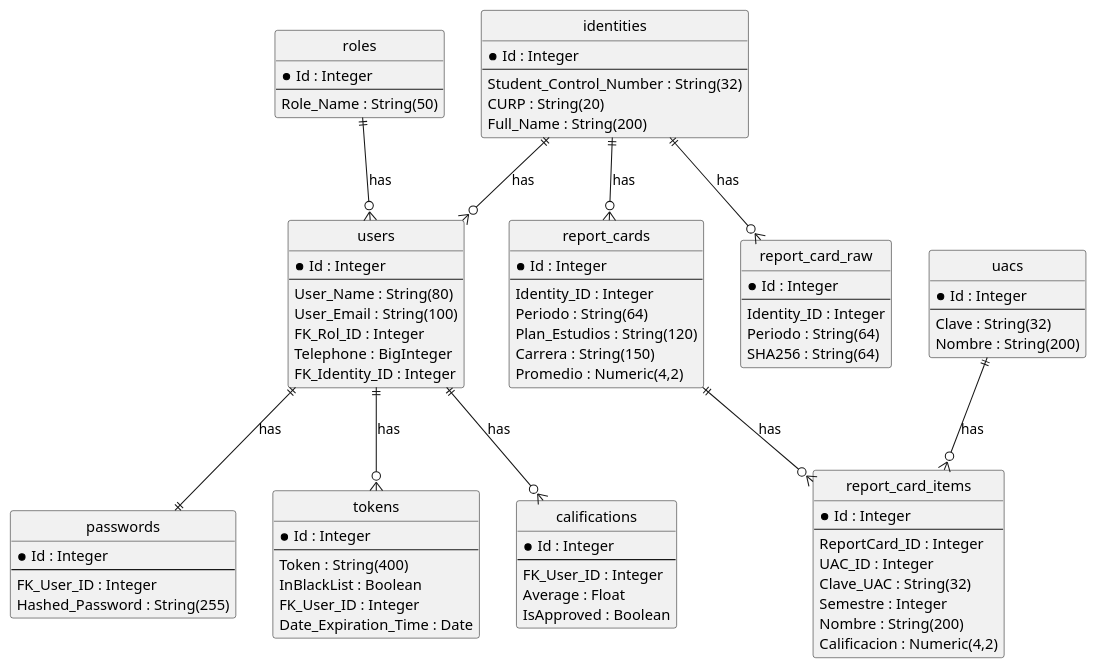
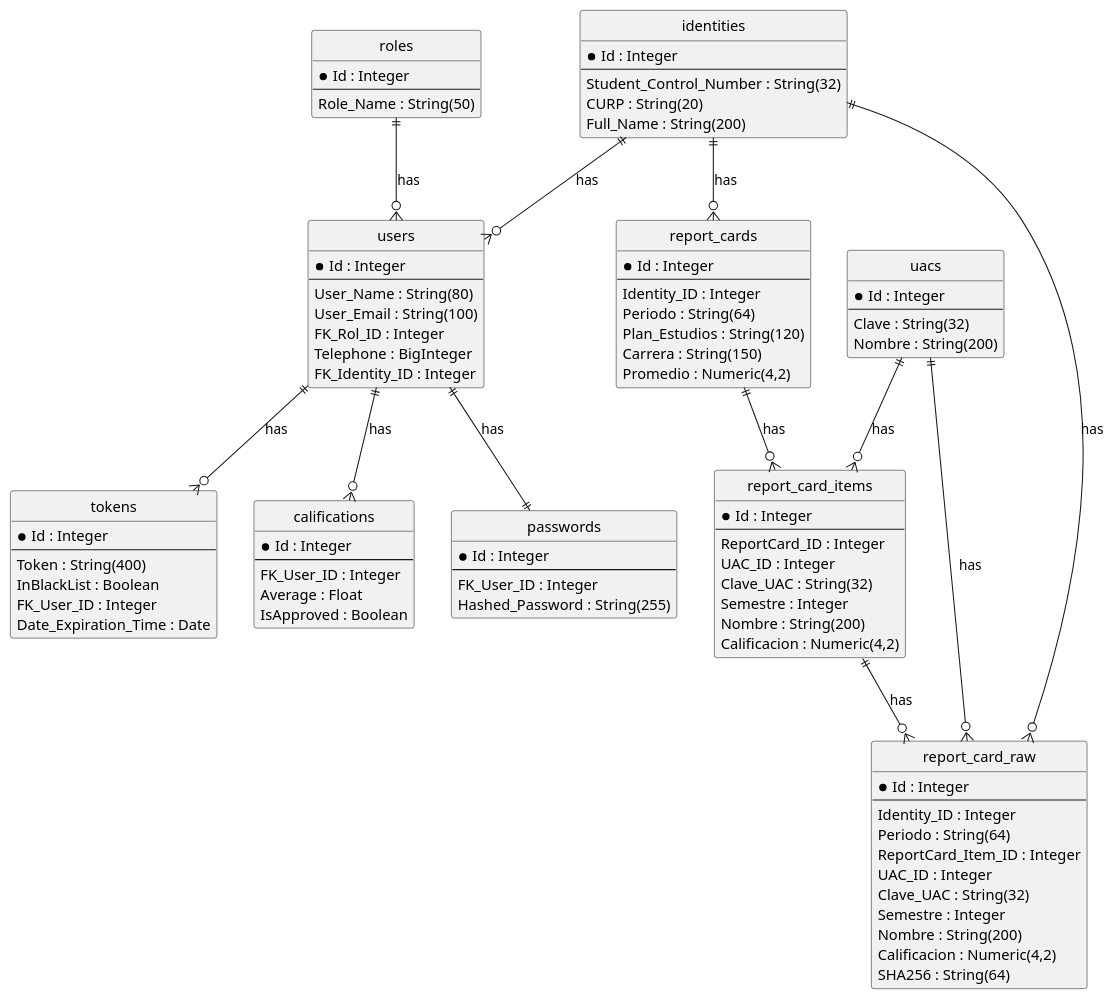
Before and after one commit to GuillermoSM33/CETMAR_41_BACK: the diagram in reports/schema_diagram.puml, drawn with PlantUML. The commit also changed 15 other files, not shown here.

Commit message:
FIX(MODELS) MODELS HAS BEEN UPDATED FOR NEW REPORT CARDS

```diff
--- a/reports/schema_diagram.puml
+++ b/reports/schema_diagram.puml
@@ -1,100 +1,108 @@
 @startuml
 ' PlantUML ER-style diagram for database schema
 hide circle
 
 entity roles {
   * Id : Integer
   --
   Role_Name : String(50)
 }
 
 entity users {
   * Id : Integer
   --
   User_Name : String(80)
   User_Email : String(100)
   FK_Rol_ID : Integer
   Telephone : BigInteger
   FK_Identity_ID : Integer
 }
 
 entity passwords {
   * Id : Integer
   --
   FK_User_ID : Integer
   Hashed_Password : String(255)
 }
 
 entity tokens {
   * Id : Integer
   --
   Token : String(400)
   InBlackList : Boolean
   FK_User_ID : Integer
   Date_Expiration_Time : Date
 }
 
 entity califications {
   * Id : Integer
   --
   FK_User_ID : Integer
   Average : Float
   IsApproved : Boolean
 }
 
 entity identities {
   * Id : Integer
   --
   Student_Control_Number : String(32)
   CURP : String(20)
   Full_Name : String(200)
 }
 
 entity report_cards {
   * Id : Integer
   --
   Identity_ID : Integer
   Periodo : String(64)
   Plan_Estudios : String(120)
   Carrera : String(150)
   Promedio : Numeric(4,2)
 }
 
 entity report_card_items {
   * Id : Integer
   --
   ReportCard_ID : Integer
   UAC_ID : Integer
   Clave_UAC : String(32)
   Semestre : Integer
   Nombre : String(200)
   Calificacion : Numeric(4,2)
 }
 
 entity report_card_raw {
   * Id : Integer
   --
   Identity_ID : Integer
   Periodo : String(64)
+  ReportCard_Item_ID : Integer
+  UAC_ID : Integer
+  Clave_UAC : String(32)
+  Semestre : Integer
+  Nombre : String(200)
+  Calificacion : Numeric(4,2)
   SHA256 : String(64)
 }
 
 entity uacs {
   * Id : Integer
   --
   Clave : String(32)
   Nombre : String(200)
 }
 
 ' Relationships
 roles ||--o{ users : has
 identities ||--o{ users : has
 users ||--o{ tokens : has
 users ||--o{ califications : has
 users ||--|| passwords : has
 identities ||--o{ report_cards : has
 report_cards ||--o{ report_card_items : has
 uacs ||--o{ report_card_items : has
+report_card_items ||--o{ report_card_raw : has
+uacs ||--o{ report_card_raw : has
 identities ||--o{ report_card_raw : has
 
 @enduml
```
